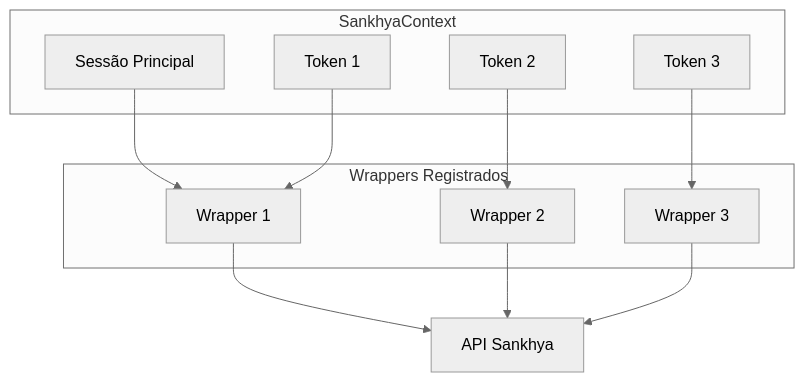
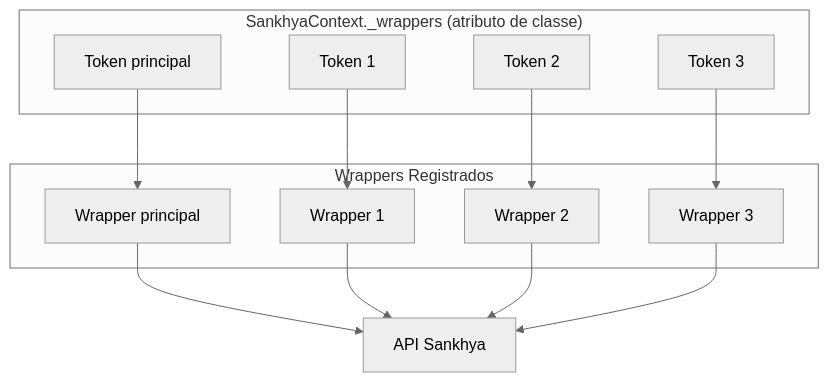
Before and after one commit to ssmvictor/Sankhya-SDK-python: the third of 5 diagrams in docs/core-concepts/session-management.md, drawn with Mermaid (neutral theme). The commit also changed other lines of this file and 1 other file, not shown here.

First line of the commit message:
docs(sessoes): documentar sessoes reais do SankhyaContext

````diff
--- a/docs/core-concepts/session-management.md
+++ b/docs/core-concepts/session-management.md
@@ -125,24 +179,26 @@
 ```mermaid
 graph TD
-    subgraph SankhyaContext
-        M[Sessão Principal]
+    subgraph "SankhyaContext._wrappers (atributo de classe)"
+        M[Token principal]
         T1[Token 1]
         T2[Token 2]
         T3[Token 3]
     end
     
     subgraph "Wrappers Registrados"
+        W0[Wrapper principal]
         W1[Wrapper 1]
         W2[Wrapper 2]
         W3[Wrapper 3]
     end
     
-    M --> W1
+    M --> W0
     T1 --> W1
     T2 --> W2
     T3 --> W3
     
-    W1 --> API[API Sankhya]
+    W0 --> API[API Sankhya]
+    W1 --> API
     W2 --> API
     W3 --> API
 ```
````
